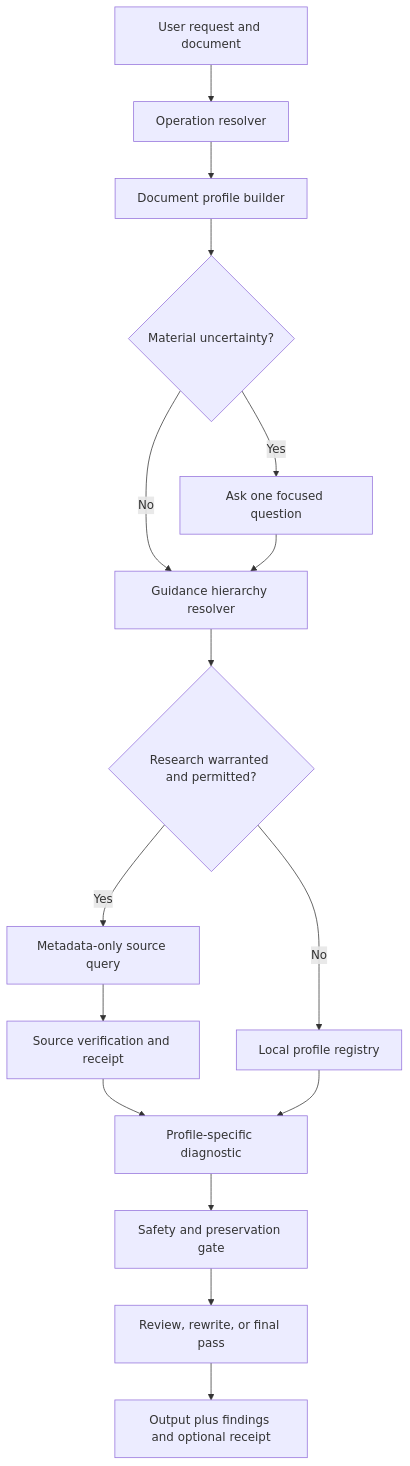
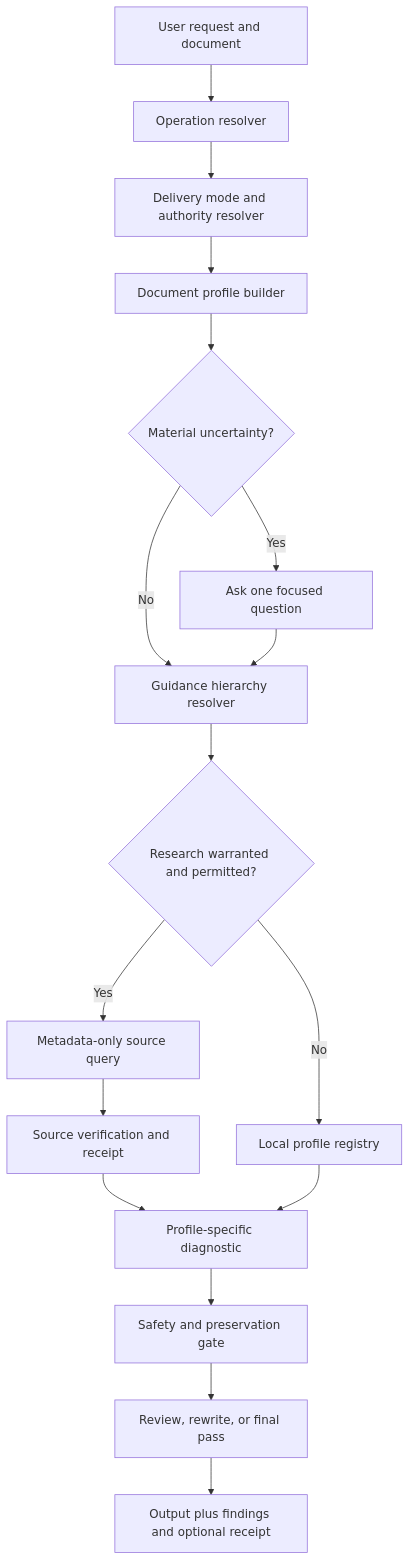
Before and after one commit to edithatogo/authentext: the first of 2 diagrams in conductor/tracks/adaptive-document-intelligence_20260802/design.md, drawn with Mermaid. The commit also changed other lines of this file and 8 other files, not shown here.

````diff
--- a/conductor/tracks/adaptive-document-intelligence_20260802/design.md
+++ b/conductor/tracks/adaptive-document-intelligence_20260802/design.md
@@ -5,18 +5,19 @@
 ```mermaid
 flowchart TD
     U["User request and document"] --> O["Operation resolver"]
-    O --> P["Document profile builder"]
+    O --> M["Delivery mode and authority resolver"]
+    M --> P["Document profile builder"]
     P --> C{"Material uncertainty?"}
     C -->|"Yes"| Q["Ask one focused question"]
     C -->|"No"| H["Guidance hierarchy resolver"]
     Q --> H
     H --> R{"Research warranted and permitted?"}
     R -->|"No"| L["Local profile registry"]
     R -->|"Yes"| G["Metadata-only source query"]
     G --> V["Source verification and receipt"]
     V --> D["Profile-specific diagnostic"]
     L --> D
     D --> S["Safety and preservation gate"]
     S --> E["Review, rewrite, or final pass"]
     E --> X["Output plus findings and optional receipt"]
 ```
````
